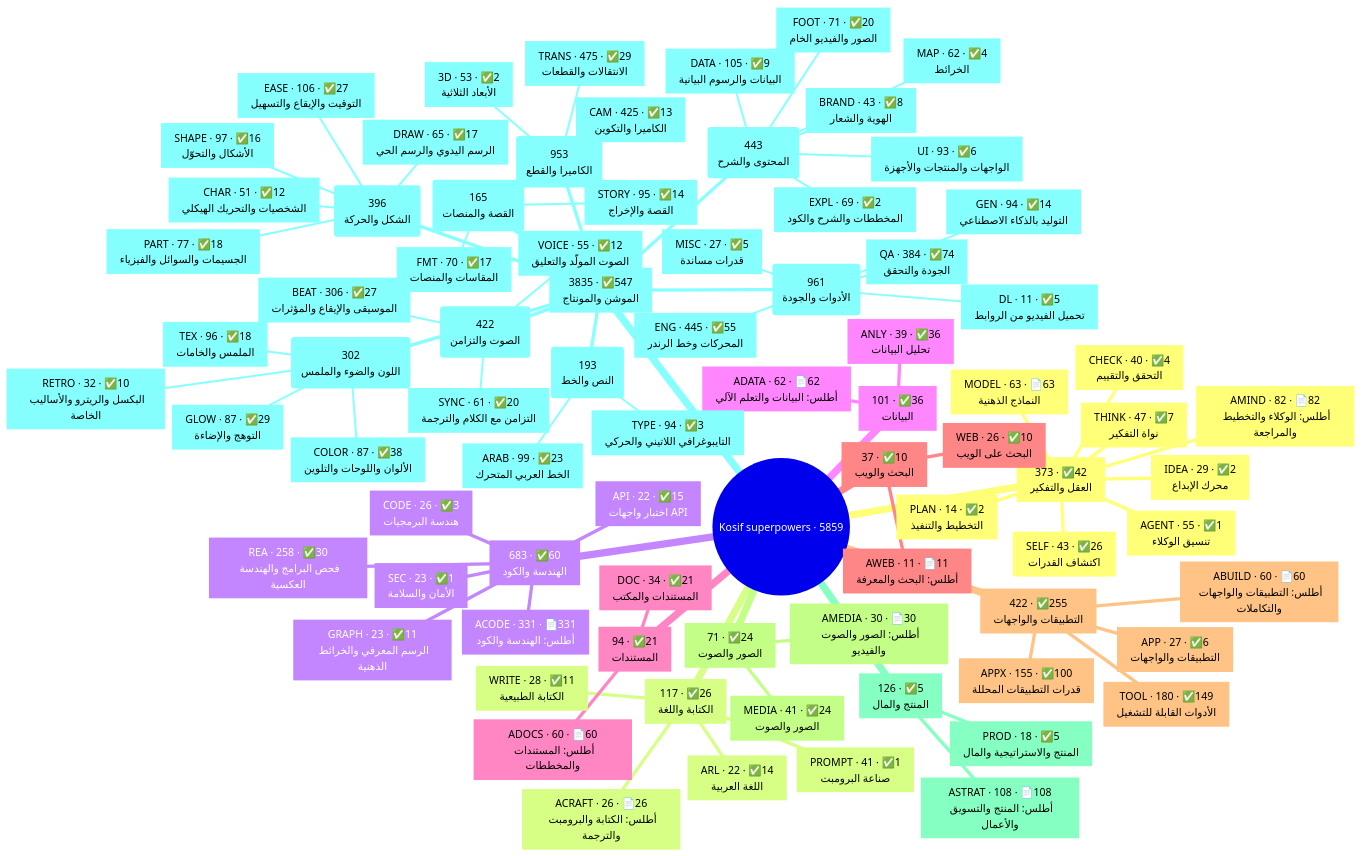
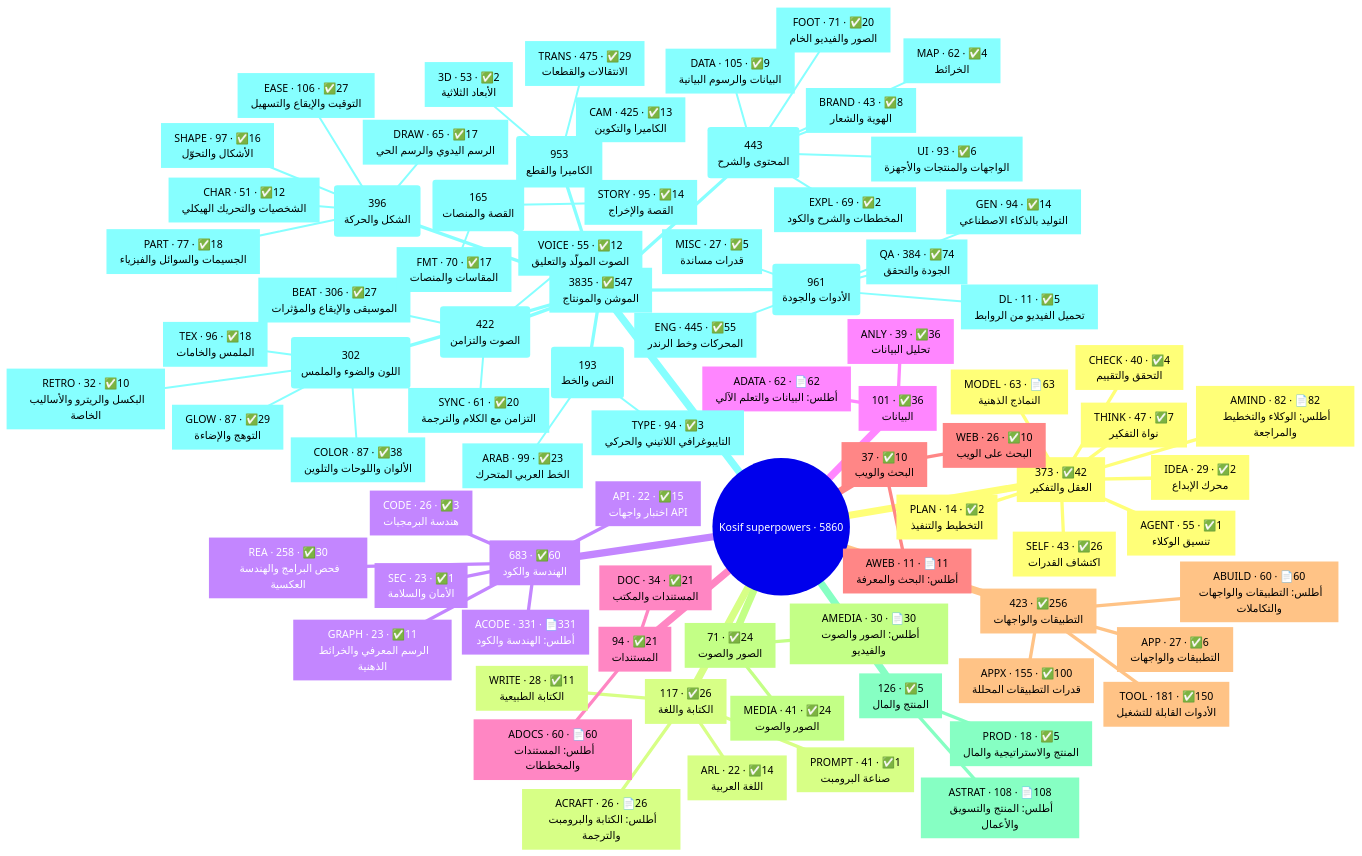
The first of 2 diagrams in .claude/skills/kosif-superpowers/references/capability-map.md (kosif199022-jpg/kosif-tool), drawn with Mermaid before and after one commit. The commit also changed other lines of this file and 57 other files, not shown here.

First line of the commit message:
kosif-superpowers: add song_preview.py, the official store preview fallback for DRM-locked songs

````diff
--- a/.claude/skills/kosif-superpowers/references/capability-map.md
+++ b/.claude/skills/kosif-superpowers/references/capability-map.md
@@ -18,6 +18,6 @@
 ```mermaid
 mindmap
-  root((Kosif superpowers · 5859))
+  root((Kosif superpowers · 5860))
     n1["`373 · ✅42
 العقل والتفكير`"]
       n2["`AMIND · 82 · 📄82
@@ -78,9 +78,9 @@
 البحث على الويب`"]
       n30["`AWEB · 11 · 📄11
 أطلس: البحث والمعرفة`"]
-    n31["`422 · ✅255
+    n31["`423 · ✅256
 التطبيقات والواجهات`"]
-      n32["`TOOL · 180 · ✅149
+      n32["`TOOL · 181 · ✅150
 الأدوات القابلة للتشغيل`"]
       n33["`APPX · 155 · ✅100
 قدرات التطبيقات المحللة`"]
````
